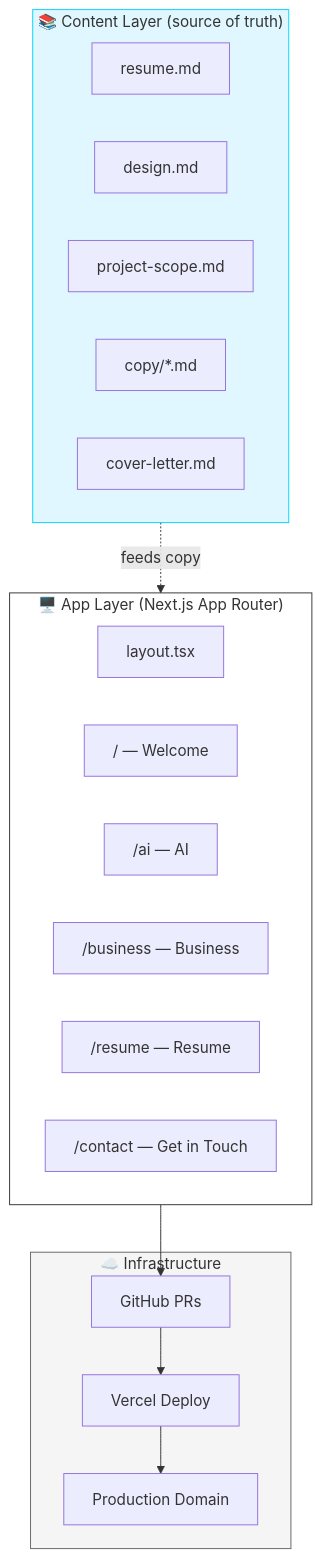
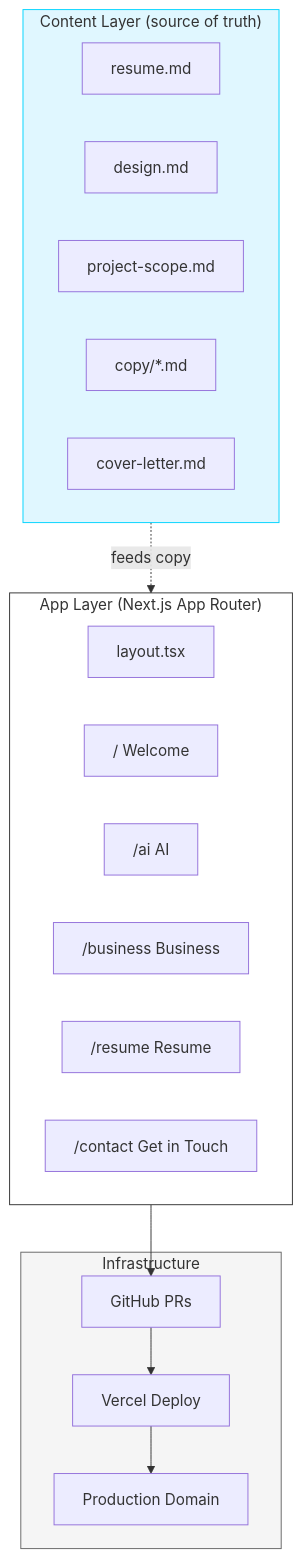
One commit to belonsavon-sys/portfolio changed the first of 3 diagrams in README.md. Above: the diagram before and after it, drawn with Mermaid. The commit also changed other lines of this file and 4 other files, not shown here.

First line of the commit message:
fix: repair all 11 mermaid diagrams for GitHub rendering

````diff
--- a/README.md
+++ b/README.md
@@ -11,34 +11,34 @@
 ```mermaid
 flowchart TB
-    subgraph Content["📚 Content Layer (source of truth)"]
+    subgraph Content["Content Layer (source of truth)"]
         Resume[resume.md]
         Design[design.md]
         Scope[project-scope.md]
-        Copy[copy/*.md]
+        Copy["copy/*.md"]
         Cover[cover-letter.md]
     end
 
-    subgraph App["🖥️ App Layer (Next.js App Router)"]
+    subgraph App["App Layer (Next.js App Router)"]
         Layout[layout.tsx]
-        Welcome["/ — Welcome"]
-        AI["/ai — AI"]
-        Business["/business — Business"]
-        Resume2["/resume — Resume"]
-        Contact["/contact — Get in Touch"]
+        Welcome["/ Welcome"]
+        AI["/ai AI"]
+        Business["/business Business"]
+        Resume2["/resume Resume"]
+        Contact["/contact Get in Touch"]
     end
 
-    subgraph Infra["☁️ Infrastructure"]
+    subgraph Infra["Infrastructure"]
         GH[GitHub PRs]
         Vercel[Vercel Deploy]
         Domain[Production Domain]
     end
 
-    Content -.feeds copy.-> App
+    Content -.->|feeds copy| App
     App --> GH
     GH --> Vercel
     Vercel --> Domain
 
     style Content fill:#e0f7ff,stroke:#00d4ff
     style App fill:#fff,stroke:#333
     style Infra fill:#f5f5f5,stroke:#666
 ```
````
